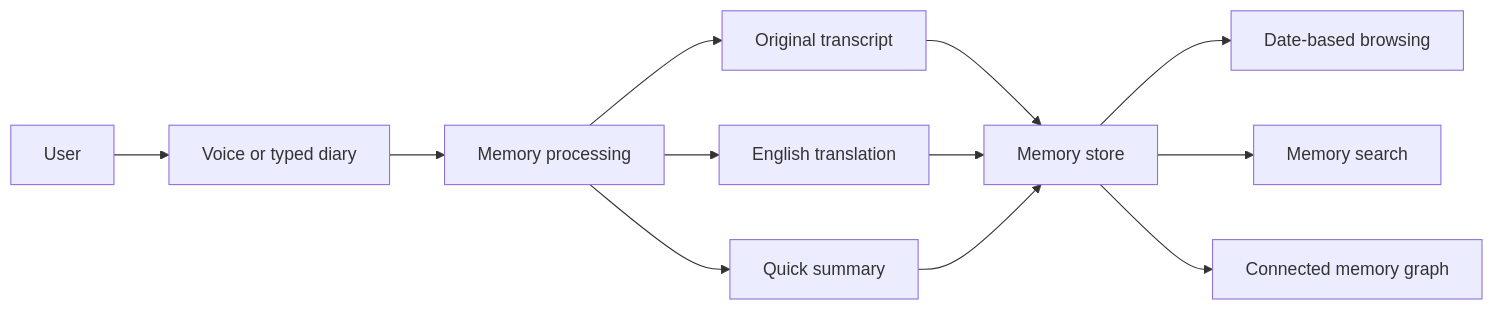
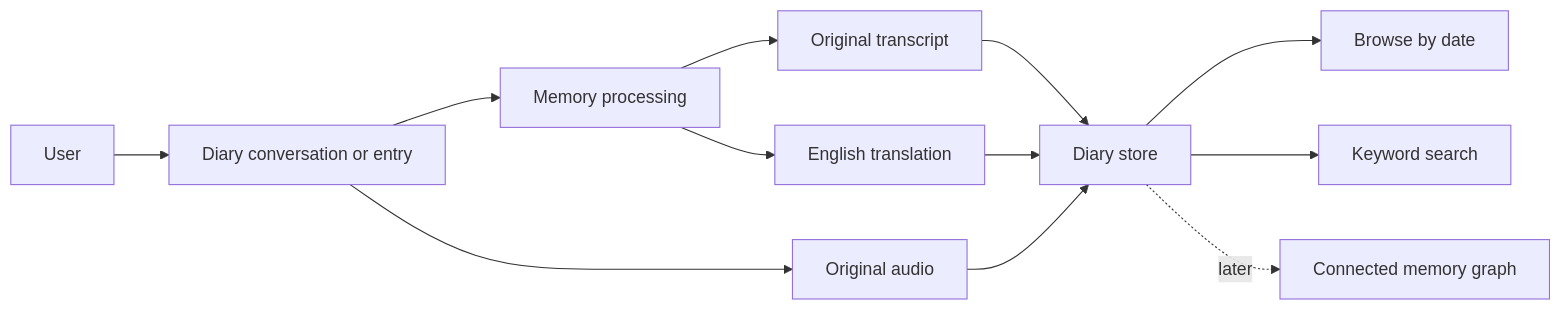
The diagram in README.md (adityavarmachandika/aham-docs), drawn with Mermaid before and after one commit. The commit also changed other lines of this file and 17 other files, not shown here.

````diff
--- a/README.md
+++ b/README.md
@@ -11,14 +11,14 @@
 ```mermaid
 flowchart LR
-    U[User] --> I[Voice or typed diary]
-    I --> P[Memory processing]
+    U[User] --> D[Diary conversation or entry]
+    D --> P[Memory processing]
     P --> O[Original transcript]
     P --> T[English translation]
-    P --> S[Quick summary]
-    O --> M[Memory store]
+    O --> M[Diary store]
     T --> M
-    S --> M
-    M --> B[Date-based browsing]
-    M --> Q[Memory search]
-    M --> G[Connected memory graph]
+    D --> A[Original audio]
+    A --> M
+    M --> B[Browse by date]
+    M --> Q[Keyword search]
+    M -. later .-> G[Connected memory graph]
 ```
````
